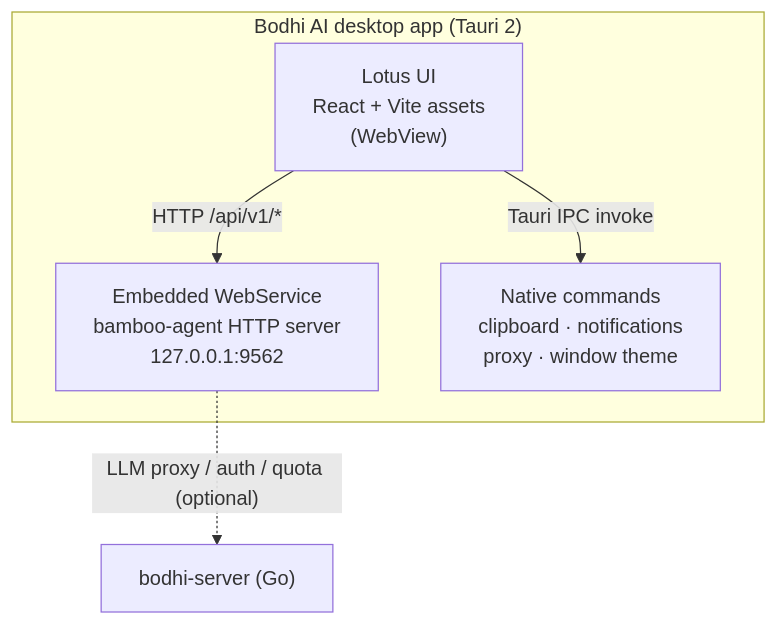
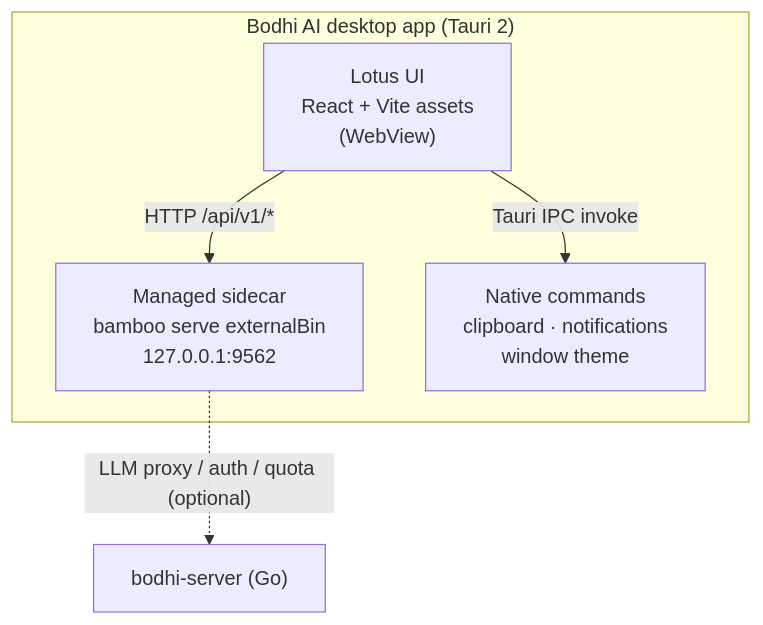
Before and after one commit to bigduu/Bodhi-AI: the diagram in README.md, drawn with Mermaid. The commit also changed other lines of this file and 1 other file, not shown here.

First line of the commit message:
docs: rewrite README architecture from embedded engine to managed sidecar

````diff
--- a/README.md
+++ b/README.md
@@ -39,11 +38,11 @@
 ```mermaid
 graph TD
   subgraph Desktop["Bodhi AI desktop app (Tauri 2)"]
     L["Lotus UI<br/>React + Vite assets<br/>(WebView)"]
-    E["Embedded WebService<br/>bamboo-agent HTTP server<br/>127.0.0.1:9562"]
-    N["Native commands<br/>clipboard · notifications<br/>proxy · window theme"]
+    E["Managed sidecar<br/>bamboo serve externalBin<br/>127.0.0.1:9562"]
+    N["Native commands<br/>clipboard · notifications<br/>window theme"]
     L -- "HTTP /api/v1/*" --> E
     L -- "Tauri IPC invoke" --> N
   end
   E -. "LLM proxy / auth / quota (optional)" .-> S["bodhi-server (Go)"]
 ```
````
